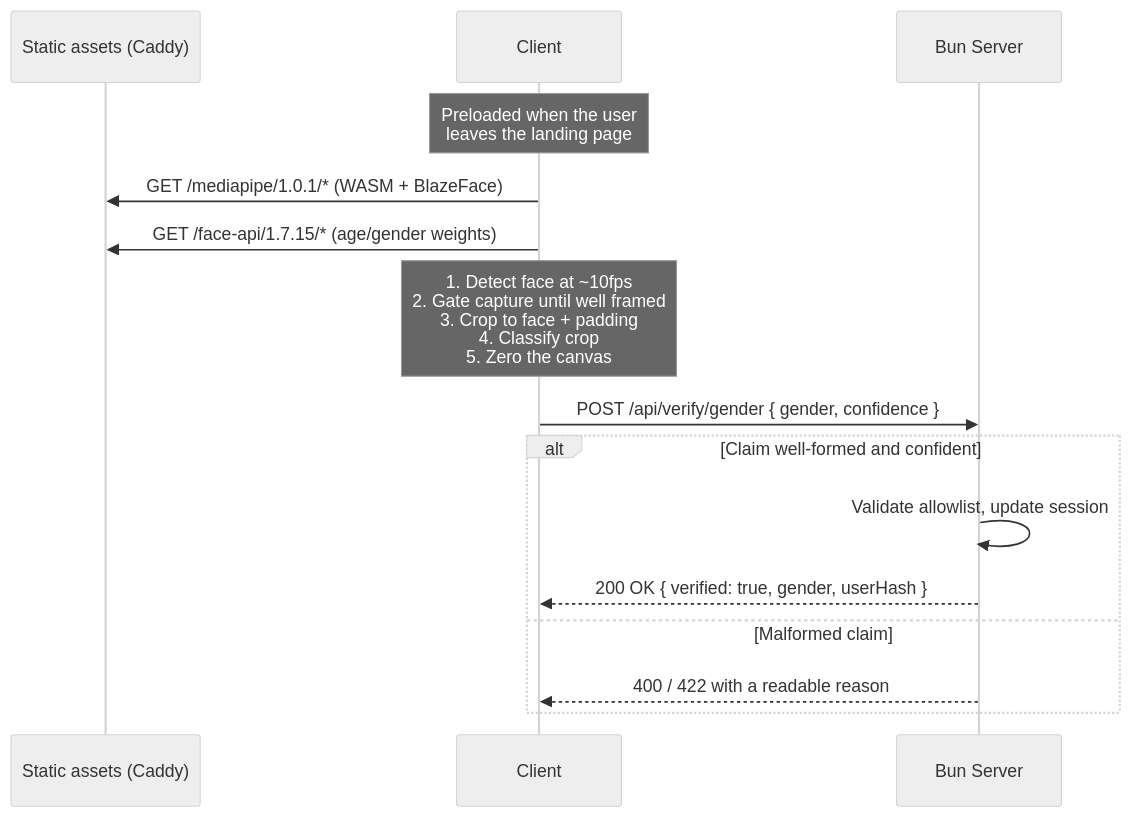
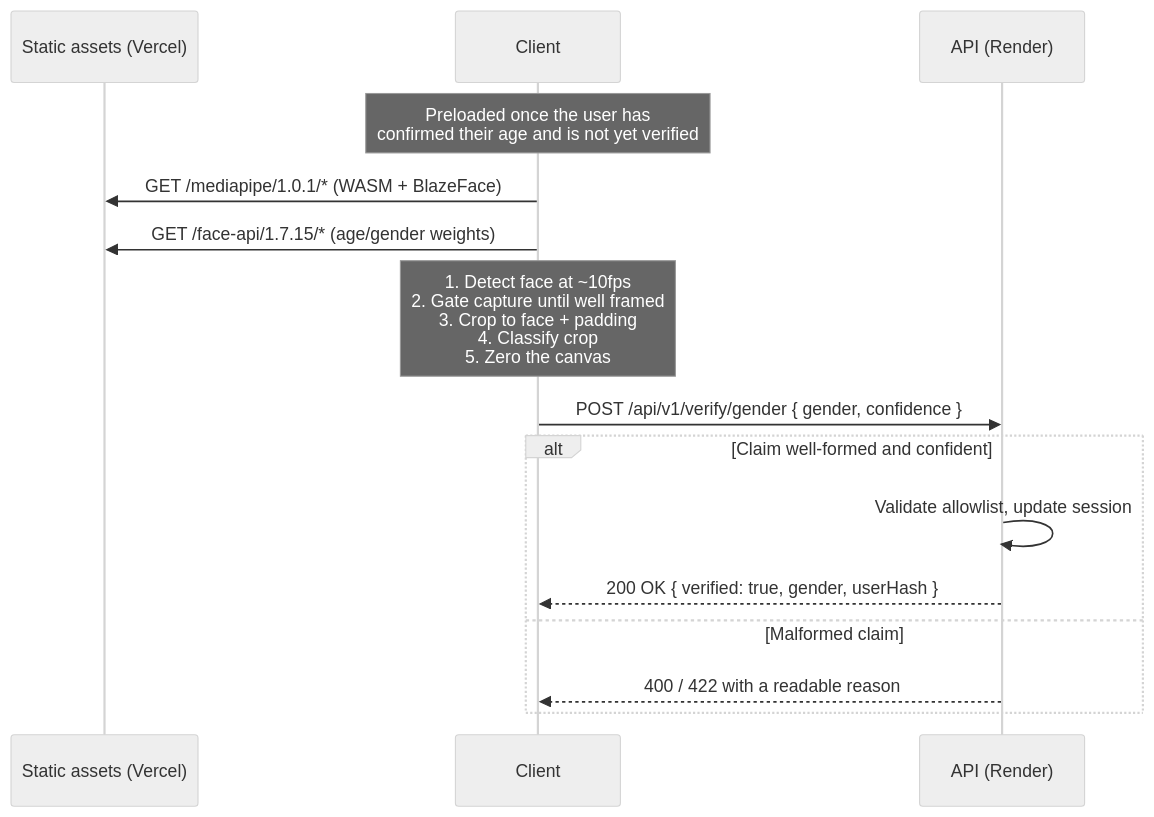
Before and after one commit to devyanshnandeshwar/ghostly-app: the fourth of 4 diagrams in DOCUMENTATION.md, drawn with Mermaid (neutral theme). The commit also changed other lines of this file and 3 other files, not shown here.

````diff
--- a/DOCUMENTATION.md
+++ b/DOCUMENTATION.md
@@ -220,21 +223,21 @@
 ```mermaid
 sequenceDiagram
-    participant Assets as Static assets (Caddy)
+    participant Assets as Static assets (Vercel)
     participant Client
-    participant Server as Bun Server
+    participant Server as API (Render)
 
-    Note over Client: Preloaded when the user<br/>leaves the landing page
+    Note over Client: Preloaded once the user has<br/>confirmed their age and is not yet verified
     Client->>Assets: GET /mediapipe/1.0.1/* (WASM + BlazeFace)
     Client->>Assets: GET /face-api/1.7.15/* (age/gender weights)
 
     Note over Client: 1. Detect face at ~10fps<br/>2. Gate capture until well framed<br/>3. Crop to face + padding<br/>4. Classify crop<br/>5. Zero the canvas
 
-    Client->>Server: POST /api/verify/gender { gender, confidence }
+    Client->>Server: POST /api/v1/verify/gender { gender, confidence }
 
     alt Claim well-formed and confident
         Server->>Server: Validate allowlist, update session
         Server-->>Client: 200 OK { verified: true, gender, userHash }
     else Malformed claim
         Server-->>Client: 400 / 422 with a readable reason
     end
 ```
````
